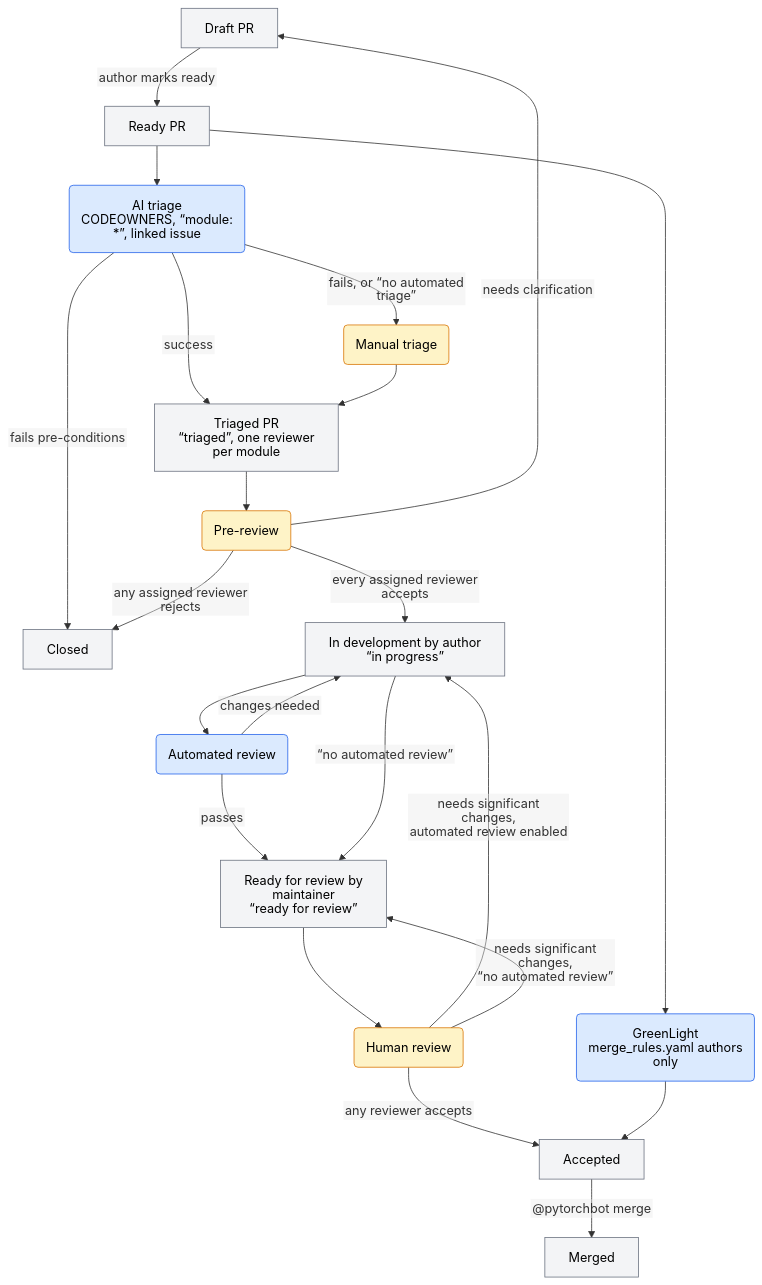
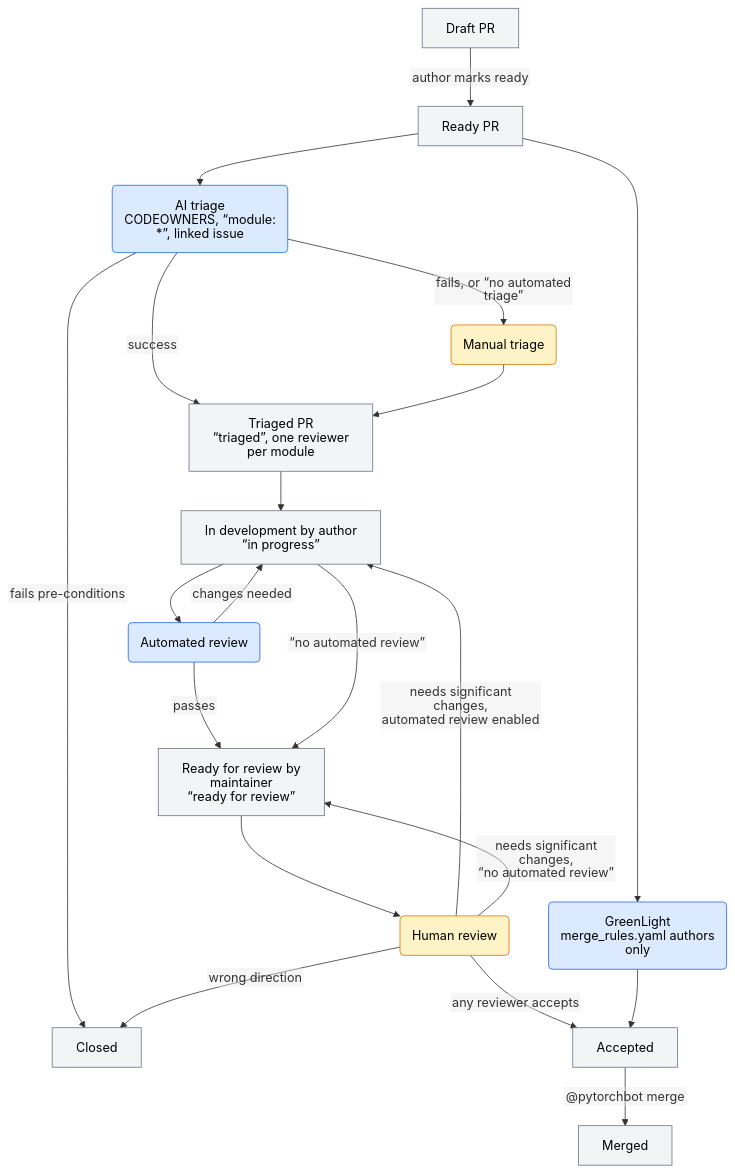
The second of 2 diagrams in CONTRIBUTING.md (pytorch/pytorch), drawn with Mermaid before and after one commit. The commit also changed other lines of this file and 1 other file, not shown here.

````diff
--- a/CONTRIBUTING.md
+++ b/CONTRIBUTING.md
@@ -127,28 +127,26 @@
 ```mermaid
 %%{init: {"htmlLabels": false, "flowchart": {"htmlLabels": false}}}%%
 flowchart TD
     draft[Draft PR] -- author marks ready --> ready[Ready PR]
     ready --> ai("AI triage<br/>CODEOWNERS, “module: *”, linked issue")
     ai -- fails pre-conditions --> closed[Closed]
     ai -- success --> triaged["Triaged PR<br/>“triaged”, one reviewer per module"]
     ai -- "fails, or “no automated triage”" --> htriage(Manual triage) --> triaged
-    triaged --> pre(Pre-review)
-    pre -- any assigned reviewer rejects --> closed
-    pre -- needs clarification --> draft
-    pre -- every assigned reviewer accepts --> dev["In development by author<br/>“in progress”"]
+    triaged --> dev["In development by author<br/>“in progress”"]
     dev --> auto(Automated review) -- passes --> rfr["Ready for review by maintainer<br/>“ready for review”"]
     auto -- changes needed --> dev
     dev -- "“no automated review”" --> rfr
     rfr --> review(Human review)
     review -- "needs significant changes,<br/>automated review enabled" --> dev
     review -- "needs significant changes,<br/>“no automated review”" --> rfr
+    review -- wrong direction --> closed
     review -- any reviewer accepts --> accepted[Accepted]
     ready --> gl("GreenLight<br/>merge_rules.yaml authors only") --> accepted
     accepted -- "@pytorchbot merge" --> merged[Merged]
     classDef state fill:#f3f4f6,stroke:#6b7280,color:#000
     classDef aiproc fill:#dbeafe,stroke:#2563eb,color:#000
     classDef humanproc fill:#fef3c7,stroke:#d97706,color:#000
     class draft,ready,closed,triaged,dev,rfr,accepted,merged state
     class ai,auto,gl aiproc
-    class htriage,pre,review humanproc
+    class htriage,review humanproc
 ```
````
